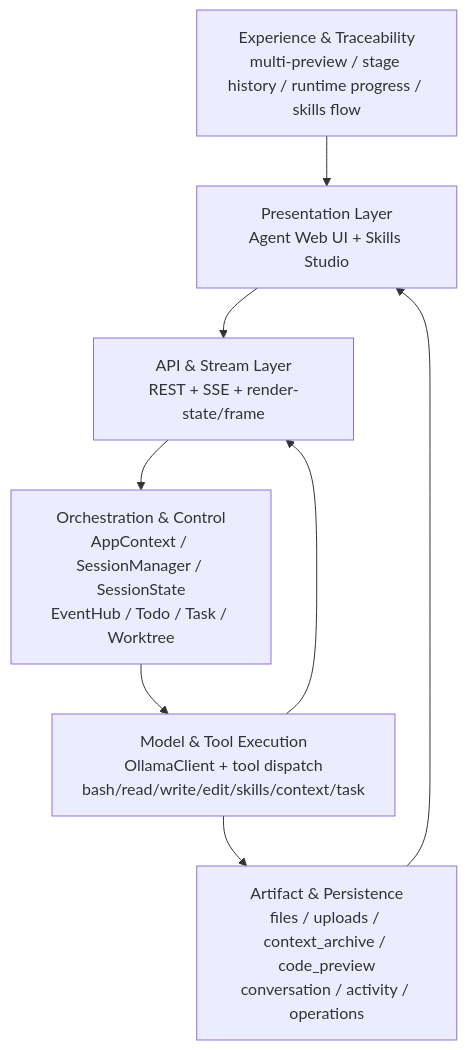
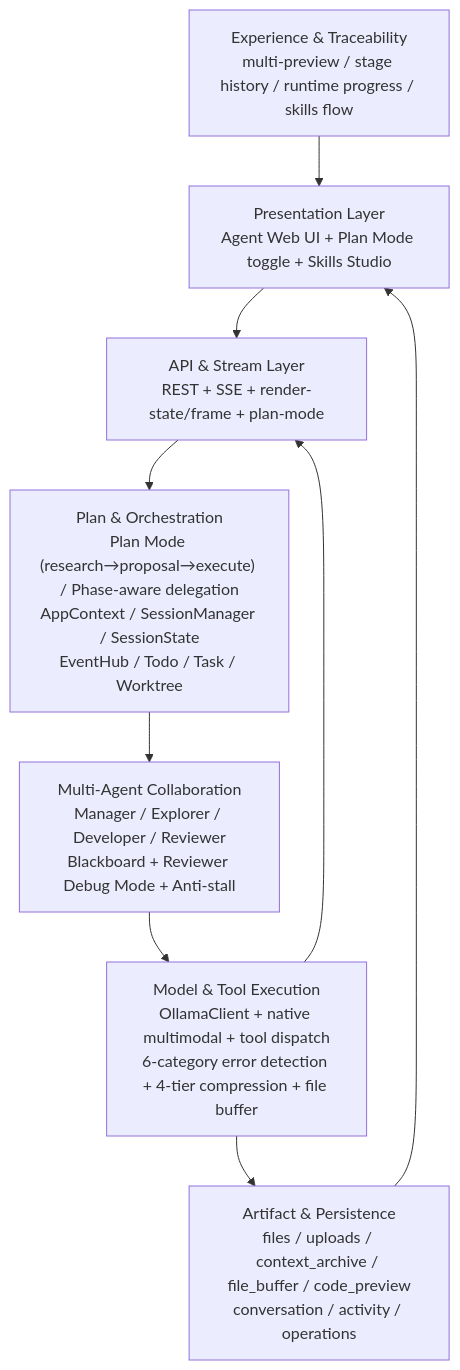
The first of 7 diagrams in README.md (FonaTech/Clouds-Coder), drawn with Mermaid before and after one commit. The commit also changed other lines of this file and 3 other files, not shown here.

````diff
--- a/README.md
+++ b/README.md
@@ -146,12 +165,13 @@
 ```mermaid
 flowchart TB
   UX["Experience & Traceability<br/>multi-preview / stage history / runtime progress / skills flow"]
-  UI["Presentation Layer<br/>Agent Web UI + Skills Studio"]
-  API["API & Stream Layer<br/>REST + SSE + render-state/frame"]
-  ORCH["Orchestration & Control<br/>AppContext / SessionManager / SessionState<br/>EventHub / Todo / Task / Worktree"]
-  EXEC["Model & Tool Execution<br/>OllamaClient + tool dispatch<br/>bash/read/write/edit/skills/context/task"]
-  DATA["Artifact & Persistence<br/>files / uploads / context_archive / code_preview<br/>conversation / activity / operations"]
-  UX --> UI --> API --> ORCH --> EXEC --> DATA
+  UI["Presentation Layer<br/>Agent Web UI + Plan Mode toggle + Skills Studio"]
+  API["API & Stream Layer<br/>REST + SSE + render-state/frame + plan-mode"]
+  ORCH["Plan & Orchestration<br/>Plan Mode (research→proposal→execute) / Phase-aware delegation<br/>AppContext / SessionManager / SessionState<br/>EventHub / Todo / Task / Worktree"]
+  AGENT["Multi-Agent Collaboration<br/>Manager / Explorer / Developer / Reviewer<br/>Blackboard + Reviewer Debug Mode + Anti-stall"]
+  EXEC["Model & Tool Execution<br/>OllamaClient + native multimodal + tool dispatch<br/>6-category error detection + 4-tier compression + file buffer"]
+  DATA["Artifact & Persistence<br/>files / uploads / context_archive / file_buffer / code_preview<br/>conversation / activity / operations"]
+  UX --> UI --> API --> ORCH --> AGENT --> EXEC --> DATA
   EXEC --> API
   DATA --> UI
 ```
````
